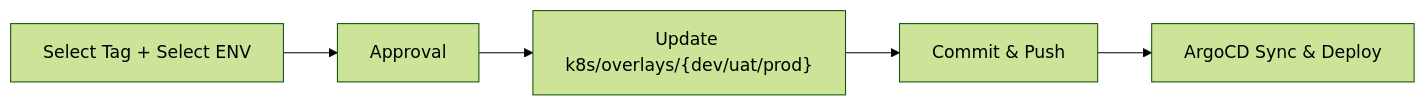
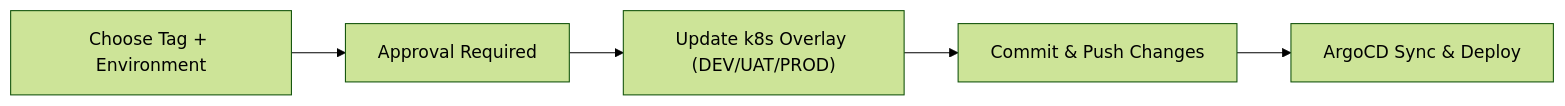
One commit to extosoft-devsecops/test-devops changed the fifth of 5 diagrams in documents/03-DeploymentPipeline.md. Above: the diagram before and after it, drawn with Mermaid (forest theme). The commit also changed other lines of this file, not shown here.

````diff
--- a/documents/03-DeploymentPipeline.md
+++ b/documents/03-DeploymentPipeline.md
@@ -189,7 +230,8 @@
 ```mermaid
 flowchart LR
-    M1[Select Tag + Select ENV] --> M2[Approval]
-    M2 --> M3["Update k8s/overlays/{dev/uat/prod}"]
-    M3 --> M4[Commit & Push]
+    M1[Choose Tag + Environment] --> M2[Approval Required]
+    M2 --> M3["Update k8s Overlay (DEV/UAT/PROD)"]
+    M3 --> M4[Commit & Push Changes]
     M4 --> M5[ArgoCD Sync & Deploy]
+
 ```
````
